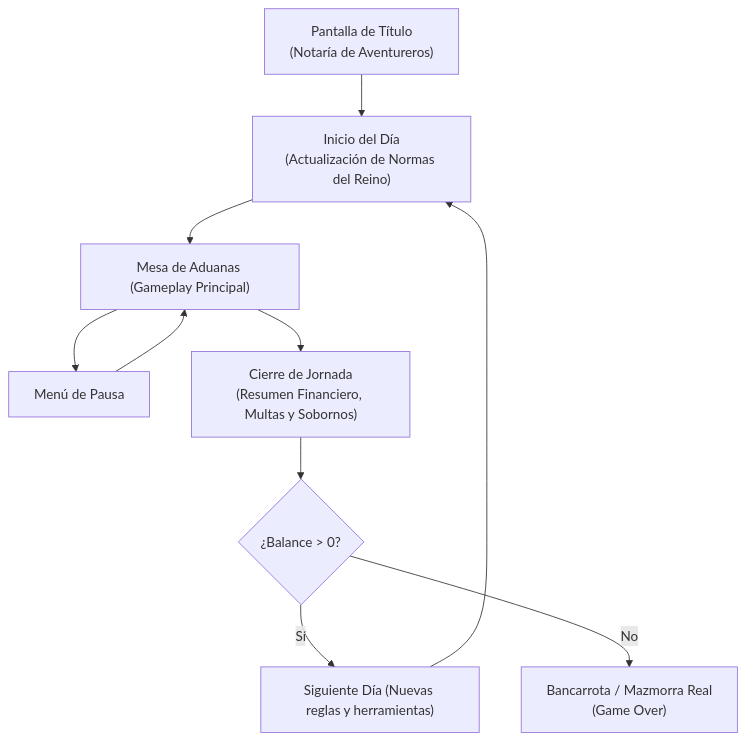
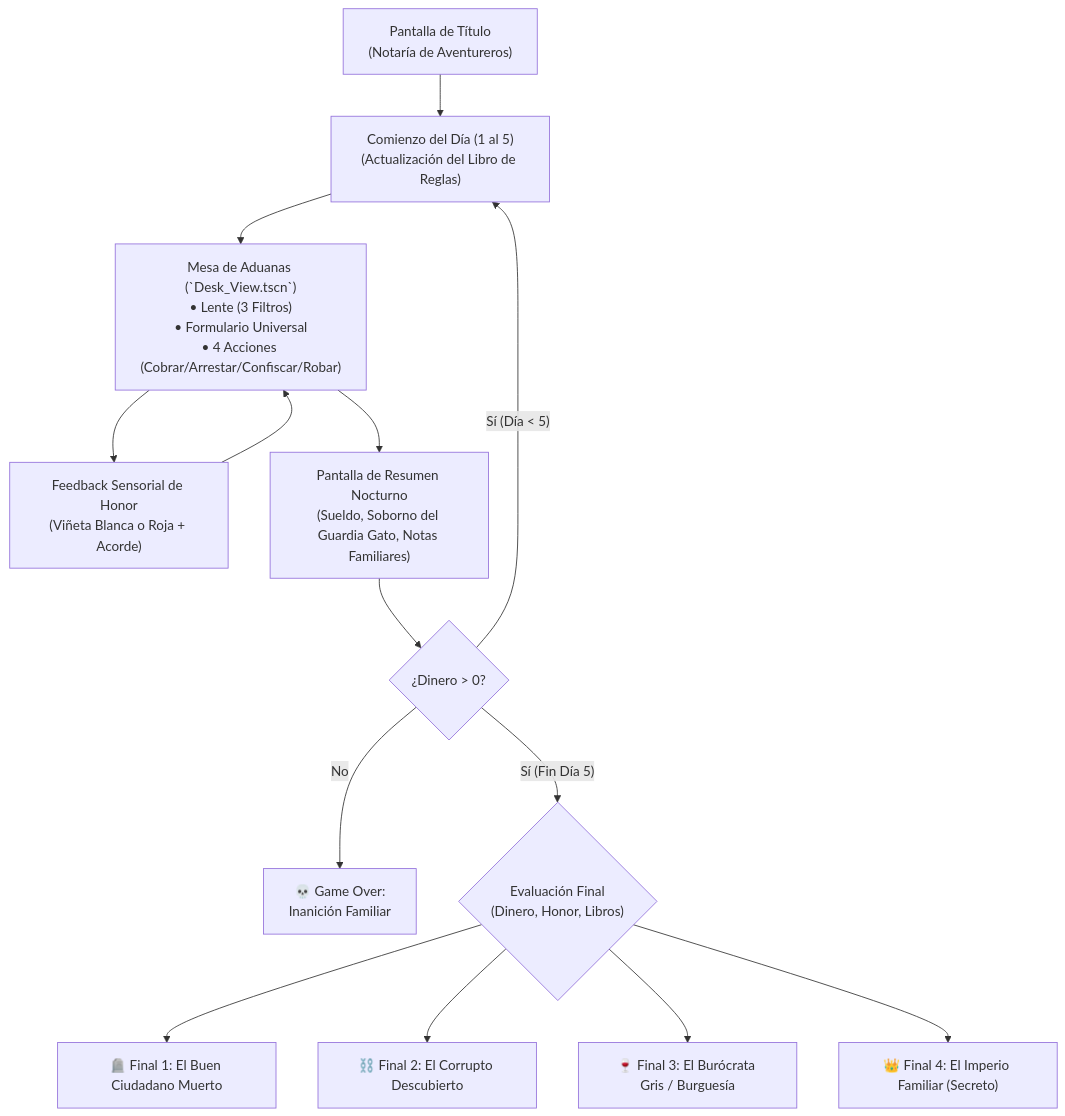
The second of 2 diagrams in 03_Arte_y_UI/Diseño de Interfaz.md (StephenQuispeLipa/game-jam-umsa-2026-marraquetastudios-obsidian), drawn with Mermaid before and after one commit. The commit also changed other lines of this file and 12 other files, not shown here.

````diff
--- a/03_Arte_y_UI/Diseño de Interfaz.md
+++ b/03_Arte_y_UI/Diseño de Interfaz.md
@@ -33,12 +127,16 @@
 ```mermaid
 flowchart TD
-    Title["Pantalla de Título<br>(Notaría de Aventureros)"] --> IntroDay["Inicio del Día<br>(Actualización de Normas del Reino)"]
-    IntroDay --> Desk["Mesa de Aduanas (Gameplay Principal)"]
-    Desk --> Pause["Menú de Pausa"]
-    Pause --> Desk
-    Desk --> DayEnd["Cierre de Jornada<br>(Resumen Financiero, Multas y Sobornos)"]
-    DayEnd --> Check{"¿Balance > 0?"}
-    Check -- Sí --> NextDay["Siguiente Día (Nuevas reglas y herramientas)"]
-    NextDay --> IntroDay
-    Check -- No --> GameOver["Bancarrota / Mazmorra Real<br>(Game Over)"]
+    Title["Pantalla de Título<br>(Notaría de Aventureros)"] --> IntroDay["Comienzo del Día (1 al 5)<br>(Actualización del Libro de Reglas)"]
+    IntroDay --> Desk["Mesa de Aduanas (`Desk_View.tscn`)<br>• Lente (3 Filtros)<br>• Formulario Universal<br>• 4 Acciones (Cobrar/Arrestar/Confiscar/Robar)"]
+    Desk --> Feedback["Feedback Sensorial de Honor<br>(Viñeta Blanca o Roja + Acorde)"]
+    Feedback --> Desk
+    Desk --> DaySummary["Pantalla de Resumen Nocturno<br>(Sueldo, Soborno del Guardia Gato, Notas Familiares)"]
+    DaySummary --> BalanceCheck{"¿Dinero > 0?"}
+    BalanceCheck -- No --> GameOver["💀 Game Over:<br>Inanición Familiar"]
+    BalanceCheck -- Sí (Día < 5) --> IntroDay
+    BalanceCheck -- Sí (Fin Día 5) --> EndingsEvaluator{"Evaluación Final<br>(Dinero, Honor, Libros)"}
+    EndingsEvaluator --> End1["🪦 Final 1: El Buen Ciudadano Muerto"]
+    EndingsEvaluator --> End2["⛓️ Final 2: El Corrupto Descubierto"]
+    EndingsEvaluator --> End3["🍷 Final 3: El Burócrata Gris / Burguesía"]
+    EndingsEvaluator --> End4["👑 Final 4: El Imperio Familiar (Secreto)"]
 ```
````
